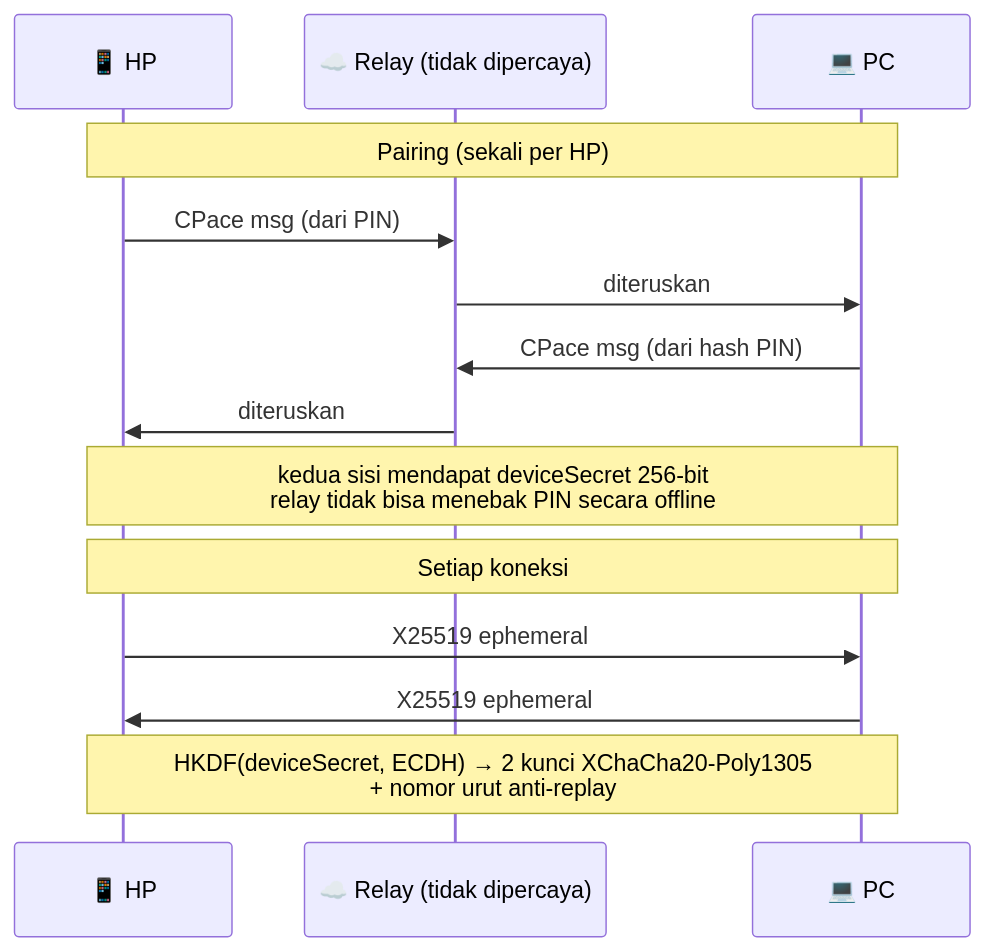
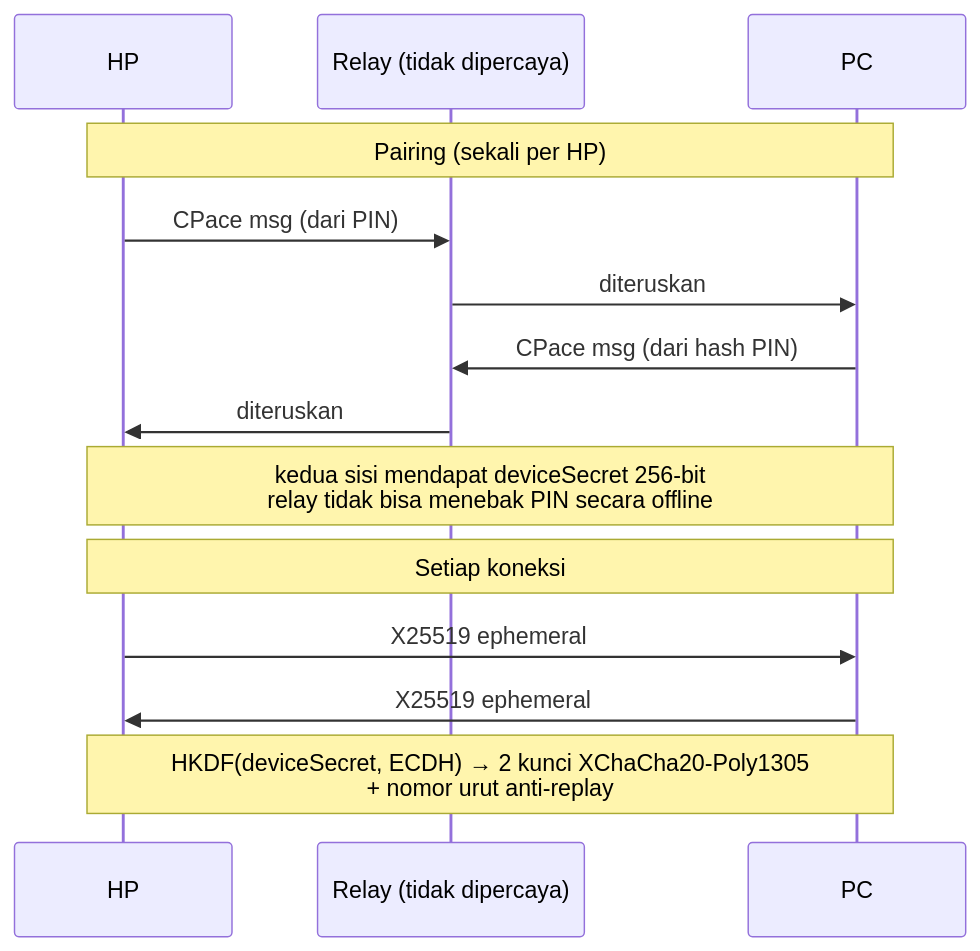
The fifth of 5 diagrams in README.md (arfakaisar/snugcode), drawn with Mermaid before and after one commit. The commit also changed other lines of this file and 33 other files, not shown here.

````diff
--- a/README.md
+++ b/README.md
@@ -324,18 +460,18 @@
 ```mermaid
 sequenceDiagram
-    participant HP as 📱 HP
-    participant R as ☁️ Relay (tidak dipercaya)
-    participant PC as 💻 PC
+    participant HP as HP
+    participant R as Relay (tidak dipercaya)
+    participant PC as PC
 
     Note over HP,PC: Pairing (sekali per HP)
     HP->>R: CPace msg (dari PIN)
     R->>PC: diteruskan
     PC->>R: CPace msg (dari hash PIN)
     R->>HP: diteruskan
     Note over HP,PC: kedua sisi mendapat deviceSecret 256-bit<br/>relay tidak bisa menebak PIN secara offline
 
     Note over HP,PC: Setiap koneksi
     HP->>PC: X25519 ephemeral
     PC->>HP: X25519 ephemeral
     Note over HP,PC: HKDF(deviceSecret, ECDH) → 2 kunci XChaCha20-Poly1305<br/>+ nomor urut anti-replay
 ```
````
